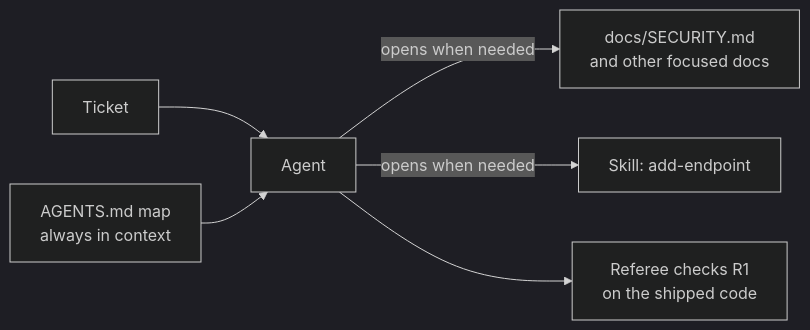
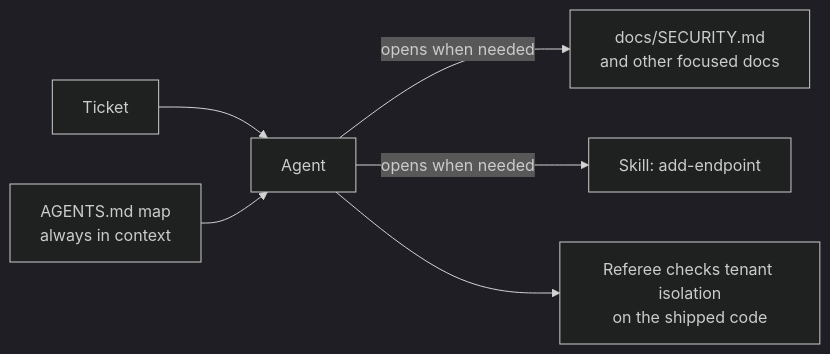
Before and after one commit to ANI-IN/shipharness-dev: the diagram in section-1-instructions/README.md, drawn with Mermaid (dark theme). The commit also changed other lines of this file and 41 other files, not shown here.

````diff
--- a/section-1-instructions/README.md
+++ b/section-1-instructions/README.md
@@ -44,8 +44,8 @@
 ```mermaid
 flowchart LR
   T["Ticket"] --> A["Agent"]
   M["AGENTS.md map<br/>always in context"] --> A
   A -->|"opens when needed"| D["docs/SECURITY.md<br/>and other focused docs"]
   A -->|"opens when needed"| S["Skill: add-endpoint"]
-  A --> R["Referee checks R1<br/>on the shipped code"]
+  A --> R["Referee checks tenant isolation<br/>on the shipped code"]
 ```
````
